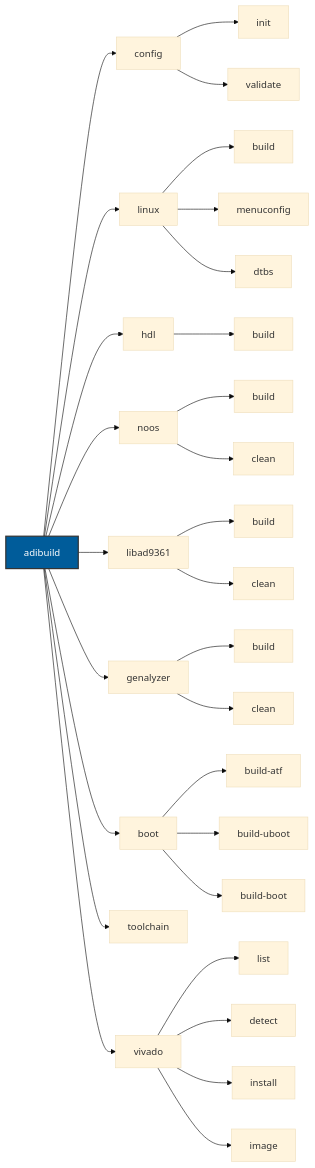
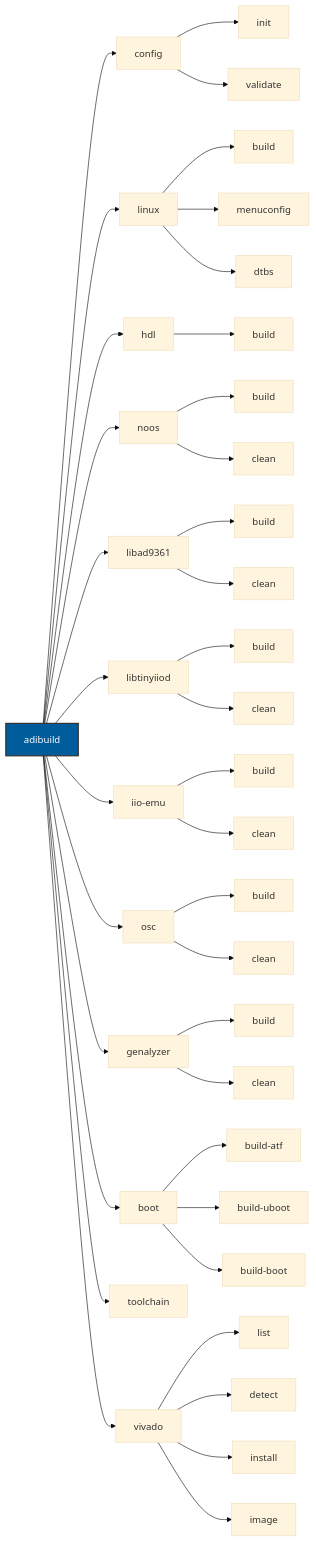
Before and after one commit to tfcollins/pyadi-build: the diagram in docs/source/user-guide/cli-usage.rst, drawn with Mermaid (base theme). The commit also changed other lines of this file and 10 other files, not shown here.

First line of the commit message:
docs: Update documentation for libtinyiiod, iio-emu, and iio-oscilloscope

```diff
--- a/docs/source/user-guide/cli-usage.rst
+++ b/docs/source/user-guide/cli-usage.rst
@@ -11,41 +11,53 @@
 .. mermaid::
 
    graph LR
        CLI[adibuild] --> Config[config]
        CLI --> Linux[linux]
        CLI --> HDL[hdl]
        CLI --> NoOS[noos]
        CLI --> LibAD9361[libad9361]
+       CLI --> LibTinyIIOD[libtinyiiod]
+       CLI --> IIOEmu[iio-emu]
+       CLI --> IIOOsc[osc]
        CLI --> Genalyzer[genalyzer]
        CLI --> Boot[boot]
        CLI --> Toolchain[toolchain]
        CLI --> Vivado[vivado]
 
        Config --> Init[init]
        Config --> Validate[validate]
 
        Linux --> LBuild[build]
        Linux --> LMenu[menuconfig]
        Linux --> LDtbs[dtbs]
 
        HDL --> HBuild[build]
 
        NoOS --> NBuild[build]
        NoOS --> NClean[clean]
 
        LibAD9361 --> LibBuild[build]
        LibAD9361 --> LibClean[clean]
 
+       LibTinyIIOD --> LTBuild[build]
+       LibTinyIIOD --> LTClean[clean]
+
+       IIOEmu --> IEBuild[build]
+       IIOEmu --> IEClean[clean]
+
+       IIOOsc --> IOBuild[build]
+       IIOOsc --> IOClean[clean]
+
        Genalyzer --> GBuild[build]
        Genalyzer --> GClean[clean]
 
        Boot --> BAtf[build-atf]
        Boot --> BUboot[build-uboot]
        Boot --> BBoot[build-boot]
 
        Vivado --> VList[list]
        Vivado --> VDetect[detect]
        Vivado --> VInstall[install]
        Vivado --> VImage[image]
 
        style CLI fill:#005c9a,stroke:#333,stroke-width:2px,color:#fff
```
